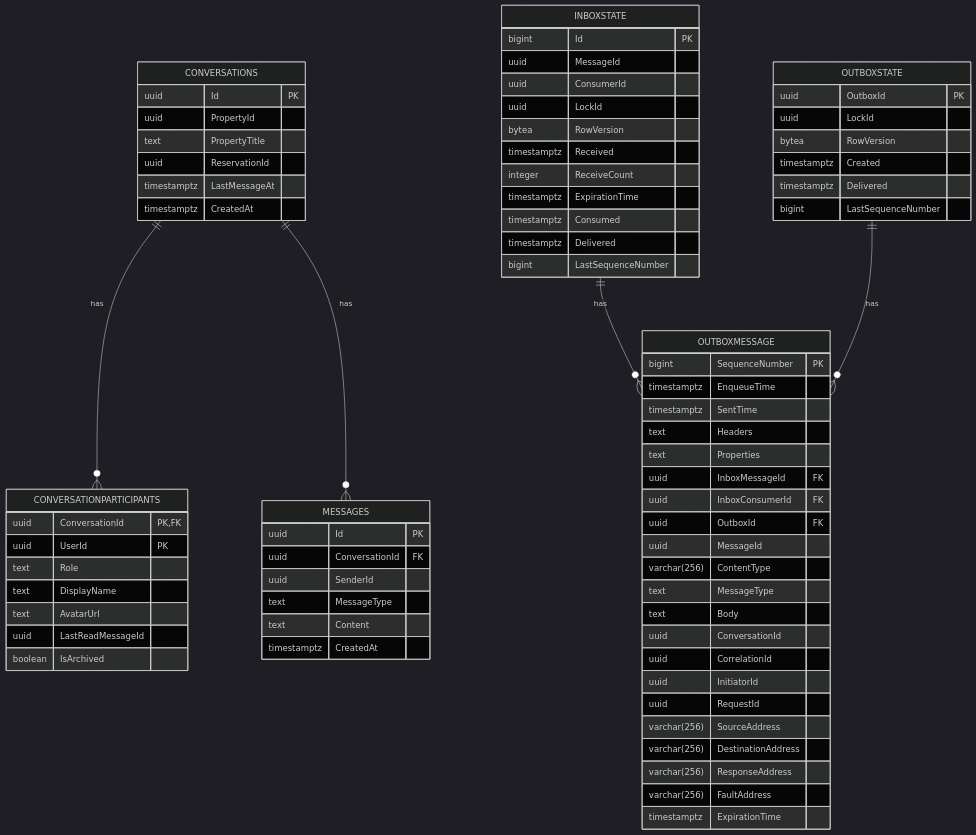
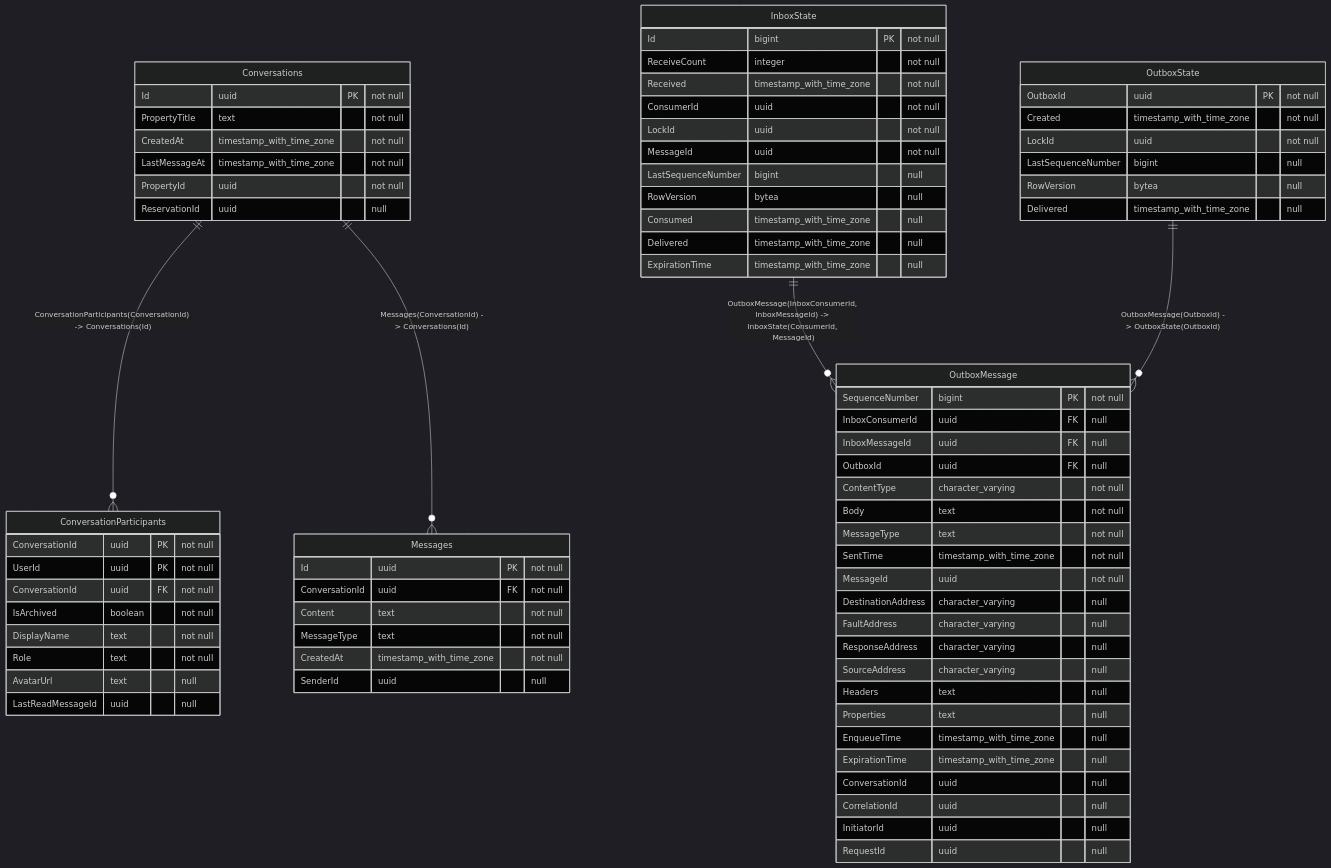
The diagram in src/Airbnb.ChatService/README.md (lamdx4/airVnV), drawn with Mermaid (dark theme) before and after one commit. The commit also changed other lines of this file and 5 other files, not shown here.

Commit message:
docs: integrate pg-mermaid into generate-db-schema script to ensure 100% database edge-case coverage and update all service READMEs

````diff
--- a/src/Airbnb.ChatService/README.md
+++ b/src/Airbnb.ChatService/README.md
@@ -25,77 +26,84 @@
 ```mermaid
 erDiagram
-    CONVERSATIONPARTICIPANTS {
-        uuid ConversationId PK,FK
-        uuid UserId PK
-        text Role 
-        text DisplayName 
-        text AvatarUrl 
-        uuid LastReadMessageId 
-        boolean IsArchived 
-    }
-    CONVERSATIONS {
-        uuid Id PK
-        uuid PropertyId 
-        text PropertyTitle 
-        uuid ReservationId 
-        timestamptz LastMessageAt 
-        timestamptz CreatedAt 
-    }
-    INBOXSTATE {
-        bigint Id PK
-        uuid MessageId 
-        uuid ConsumerId 
-        uuid LockId 
-        bytea RowVersion 
-        timestamptz Received 
-        integer ReceiveCount 
-        timestamptz ExpirationTime 
-        timestamptz Consumed 
-        timestamptz Delivered 
-        bigint LastSequenceNumber 
-    }
-    MESSAGES {
-        uuid Id PK
-        uuid ConversationId FK
-        uuid SenderId 
-        text MessageType 
-        text Content 
-        timestamptz CreatedAt 
-    }
-    OUTBOXMESSAGE {
-        bigint SequenceNumber PK
-        timestamptz EnqueueTime 
-        timestamptz SentTime 
-        text Headers 
-        text Properties 
-        uuid InboxMessageId FK
-        uuid InboxConsumerId FK
-        uuid OutboxId FK
-        uuid MessageId 
-        varchar(256) ContentType 
-        text MessageType 
-        text Body 
-        uuid ConversationId 
-        uuid CorrelationId 
-        uuid InitiatorId 
-        uuid RequestId 
-        varchar(256) SourceAddress 
-        varchar(256) DestinationAddress 
-        varchar(256) ResponseAddress 
-        varchar(256) FaultAddress 
-        timestamptz ExpirationTime 
-    }
-    OUTBOXSTATE {
-        uuid OutboxId PK
-        uuid LockId 
-        bytea RowVersion 
-        timestamptz Created 
-        timestamptz Delivered 
-        bigint LastSequenceNumber 
+
+    ConversationParticipants {
+        ConversationId uuid PK "not null"
+        UserId uuid PK "not null"
+        ConversationId uuid FK "not null"
+        IsArchived boolean "not null"
+        DisplayName text "not null"
+        Role text "not null"
+        AvatarUrl text "null"
+        LastReadMessageId uuid "null"
     }
 
-    CONVERSATIONS ||--o{ CONVERSATIONPARTICIPANTS : "has"
-    CONVERSATIONS ||--o{ MESSAGES : "has"
-    INBOXSTATE ||--o{ OUTBOXMESSAGE : "has"
-    OUTBOXSTATE ||--o{ OUTBOXMESSAGE : "has"
+    Conversations {
+        Id uuid PK "not null"
+        PropertyTitle text "not null"
+        CreatedAt timestamp_with_time_zone "not null"
+        LastMessageAt timestamp_with_time_zone "not null"
+        PropertyId uuid "not null"
+        ReservationId uuid "null"
+    }
+
+    InboxState {
+        Id bigint PK "not null"
+        ReceiveCount integer "not null"
+        Received timestamp_with_time_zone "not null"
+        ConsumerId uuid "not null"
+        LockId uuid "not null"
+        MessageId uuid "not null"
+        LastSequenceNumber bigint "null"
+        RowVersion bytea "null"
+        Consumed timestamp_with_time_zone "null"
+        Delivered timestamp_with_time_zone "null"
+        ExpirationTime timestamp_with_time_zone "null"
+    }
+
+    Messages {
+        Id uuid PK "not null"
+        ConversationId uuid FK "not null"
+        Content text "not null"
+        MessageType text "not null"
+        CreatedAt timestamp_with_time_zone "not null"
+        SenderId uuid "null"
+    }
+
+    OutboxMessage {
+        SequenceNumber bigint PK "not null"
+        InboxConsumerId uuid FK "null"
+        InboxMessageId uuid FK "null"
+        OutboxId uuid FK "null"
+        ContentType character_varying "not null"
+        Body text "not null"
+        MessageType text "not null"
+        SentTime timestamp_with_time_zone "not null"
+        MessageId uuid "not null"
+        DestinationAddress character_varying "null"
+        FaultAddress character_varying "null"
+        ResponseAddress character_varying "null"
+        SourceAddress character_varying "null"
+        Headers text "null"
+        Properties text "null"
+        EnqueueTime timestamp_with_time_zone "null"
+        ExpirationTime timestamp_with_time_zone "null"
+        ConversationId uuid "null"
+        CorrelationId uuid "null"
+        InitiatorId uuid "null"
+        RequestId uuid "null"
+    }
+
+    OutboxState {
+        OutboxId uuid PK "not null"
+        Created timestamp_with_time_zone "not null"
+        LockId uuid "not null"
+        LastSequenceNumber bigint "null"
+        RowVersion bytea "null"
+        Delivered timestamp_with_time_zone "null"
+    }
+
+    Conversations ||--o{ ConversationParticipants : "ConversationParticipants(ConversationId) -> Conversations(Id)"
+    Conversations ||--o{ Messages : "Messages(ConversationId) -> Conversations(Id)"
+    InboxState ||--o{ OutboxMessage : "OutboxMessage(InboxConsumerId, InboxMessageId) -> InboxState(ConsumerId, MessageId)"
+    OutboxState ||--o{ OutboxMessage : "OutboxMessage(OutboxId) -> OutboxState(OutboxId)"
 ```
````
